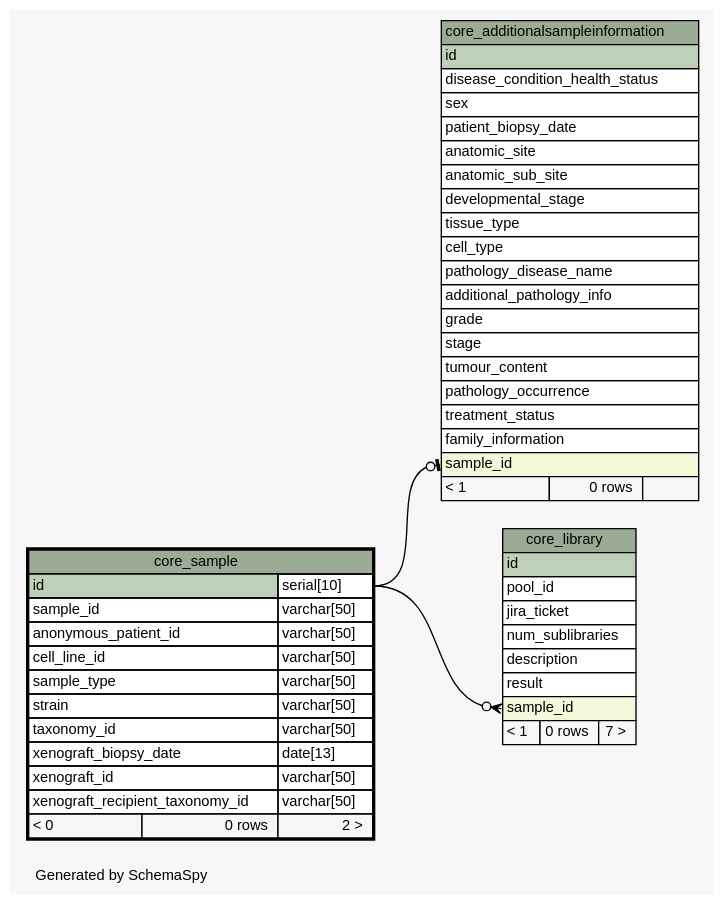
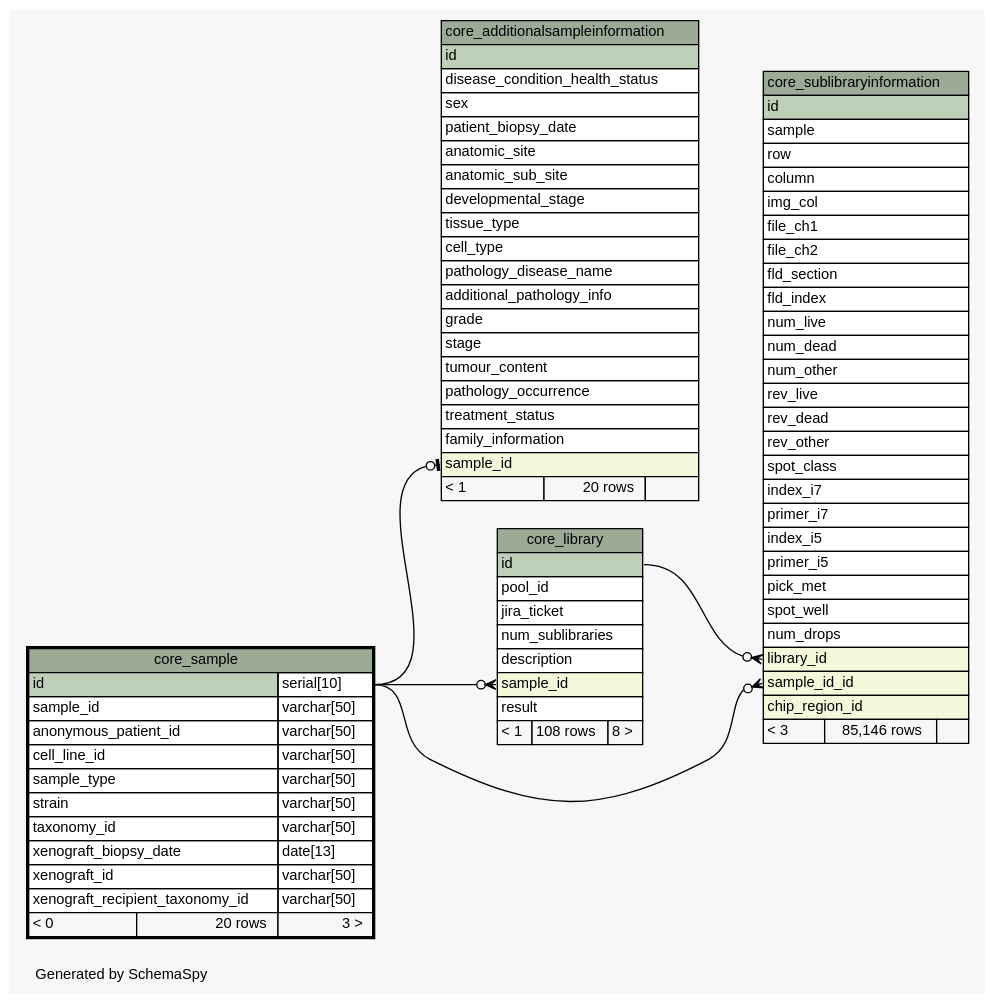
Before and after one commit to molonc/colossus: the diagram in db-schema/diagrams/core_sample.1degree.dot, drawn with Graphviz. The commit also changed 159 other files, not shown here.

Commit message:
KRONOS-258 database schema update

```diff
--- a/db-schema/diagrams/core_sample.1degree.dot
+++ b/db-schema/diagrams/core_sample.1degree.dot
@@ -1,86 +1,123 @@
 // dot 2.36.0 on Mac OS X 10.9.5
 // SchemaSpy rev 590
 digraph "oneDegreeRelationshipsDiagram" {
   graph [
     rankdir="RL"
     bgcolor="#f7f7f7"
     label="\nGenerated by SchemaSpy"
     labeljust="l"
     nodesep="0.18"
     ranksep="0.46"
     fontname="Helvetica"
     fontsize="11"
   ];
   node [
     fontname="Helvetica"
     fontsize="11"
     shape="plaintext"
   ];
   edge [
     arrowsize="0.8"
   ];
   "core_additionalsampleinformation":"sample_id":w -> "core_sample":"id.type":e [arrowhead=none dir=back arrowtail=teeodot];
   "core_library":"sample_id":w -> "core_sample":"id.type":e [arrowhead=none dir=back arrowtail=crowodot];
+  "core_sublibraryinformation":"library_id":w -> "core_library":"id":e [arrowhead=none dir=back arrowtail=crowodot];
+  "core_sublibraryinformation":"sample_id_id":w -> "core_sample":"id.type":e [arrowhead=none dir=back arrowtail=crowodot];
   "core_additionalsampleinformation" [
     label=<
     <TABLE BORDER="0" CELLBORDER="1" CELLSPACING="0" BGCOLOR="#ffffff">
       <TR><TD COLSPAN="3" BGCOLOR="#9bab96" ALIGN="CENTER">core_additionalsampleinformation</TD></TR>
       <TR><TD PORT="id" COLSPAN="3" BGCOLOR="#bed1b8" ALIGN="LEFT">id</TD></TR>
       <TR><TD PORT="disease_condition_health_status" COLSPAN="3" ALIGN="LEFT">disease_condition_health_status</TD></TR>
       <TR><TD PORT="sex" COLSPAN="3" ALIGN="LEFT">sex</TD></TR>
       <TR><TD PORT="patient_biopsy_date" COLSPAN="3" ALIGN="LEFT">patient_biopsy_date</TD></TR>
       <TR><TD PORT="anatomic_site" COLSPAN="3" ALIGN="LEFT">anatomic_site</TD></TR>
       <TR><TD PORT="anatomic_sub_site" COLSPAN="3" ALIGN="LEFT">anatomic_sub_site</TD></TR>
       <TR><TD PORT="developmental_stage" COLSPAN="3" ALIGN="LEFT">developmental_stage</TD></TR>
       <TR><TD PORT="tissue_type" COLSPAN="3" ALIGN="LEFT">tissue_type</TD></TR>
       <TR><TD PORT="cell_type" COLSPAN="3" ALIGN="LEFT">cell_type</TD></TR>
       <TR><TD PORT="pathology_disease_name" COLSPAN="3" ALIGN="LEFT">pathology_disease_name</TD></TR>
       <TR><TD PORT="additional_pathology_info" COLSPAN="3" ALIGN="LEFT">additional_pathology_info</TD></TR>
       <TR><TD PORT="grade" COLSPAN="3" ALIGN="LEFT">grade</TD></TR>
       <TR><TD PORT="stage" COLSPAN="3" ALIGN="LEFT">stage</TD></TR>
       <TR><TD PORT="tumour_content" COLSPAN="3" ALIGN="LEFT">tumour_content</TD></TR>
       <TR><TD PORT="pathology_occurrence" COLSPAN="3" ALIGN="LEFT">pathology_occurrence</TD></TR>
       <TR><TD PORT="treatment_status" COLSPAN="3" ALIGN="LEFT">treatment_status</TD></TR>
       <TR><TD PORT="family_information" COLSPAN="3" ALIGN="LEFT">family_information</TD></TR>
       <TR><TD PORT="sample_id" COLSPAN="3" BGCOLOR="#f4f7da" ALIGN="LEFT">sample_id</TD></TR>
-      <TR><TD ALIGN="LEFT" BGCOLOR="#f7f7f7">&lt; 1</TD><TD ALIGN="RIGHT" BGCOLOR="#f7f7f7">0 rows</TD><TD ALIGN="RIGHT" BGCOLOR="#f7f7f7">  </TD></TR>
+      <TR><TD ALIGN="LEFT" BGCOLOR="#f7f7f7">&lt; 1</TD><TD ALIGN="RIGHT" BGCOLOR="#f7f7f7">20 rows</TD><TD ALIGN="RIGHT" BGCOLOR="#f7f7f7">  </TD></TR>
     </TABLE>>
     URL="core_additionalsampleinformation.html"
     tooltip="core_additionalsampleinformation"
   ];
   "core_library" [
     label=<
     <TABLE BORDER="0" CELLBORDER="1" CELLSPACING="0" BGCOLOR="#ffffff">
       <TR><TD COLSPAN="3" BGCOLOR="#9bab96" ALIGN="CENTER">core_library</TD></TR>
       <TR><TD PORT="id" COLSPAN="3" BGCOLOR="#bed1b8" ALIGN="LEFT">id</TD></TR>
       <TR><TD PORT="pool_id" COLSPAN="3" ALIGN="LEFT">pool_id</TD></TR>
       <TR><TD PORT="jira_ticket" COLSPAN="3" ALIGN="LEFT">jira_ticket</TD></TR>
       <TR><TD PORT="num_sublibraries" COLSPAN="3" ALIGN="LEFT">num_sublibraries</TD></TR>
       <TR><TD PORT="description" COLSPAN="3" ALIGN="LEFT">description</TD></TR>
+      <TR><TD PORT="sample_id" COLSPAN="3" BGCOLOR="#f4f7da" ALIGN="LEFT">sample_id</TD></TR>
       <TR><TD PORT="result" COLSPAN="3" ALIGN="LEFT">result</TD></TR>
-      <TR><TD PORT="sample_id" COLSPAN="3" BGCOLOR="#f4f7da" ALIGN="LEFT">sample_id</TD></TR>
-      <TR><TD ALIGN="LEFT" BGCOLOR="#f7f7f7">&lt; 1</TD><TD ALIGN="RIGHT" BGCOLOR="#f7f7f7">0 rows</TD><TD ALIGN="RIGHT" BGCOLOR="#f7f7f7">7 &gt;</TD></TR>
+      <TR><TD ALIGN="LEFT" BGCOLOR="#f7f7f7">&lt; 1</TD><TD ALIGN="RIGHT" BGCOLOR="#f7f7f7">108 rows</TD><TD ALIGN="RIGHT" BGCOLOR="#f7f7f7">8 &gt;</TD></TR>
     </TABLE>>
     URL="core_library.html"
     tooltip="core_library"
   ];
   "core_sample" [
     label=<
     <TABLE BORDER="2" CELLBORDER="1" CELLSPACING="0" BGCOLOR="#ffffff">
       <TR><TD COLSPAN="3" BGCOLOR="#9bab96" ALIGN="CENTER">core_sample</TD></TR>
       <TR><TD PORT="id" COLSPAN="2" BGCOLOR="#bed1b8" ALIGN="LEFT">id</TD><TD PORT="id.type" ALIGN="LEFT">serial[10]</TD></TR>
       <TR><TD PORT="sample_id" COLSPAN="2" ALIGN="LEFT">sample_id</TD><TD PORT="sample_id.type" ALIGN="LEFT">varchar[50]</TD></TR>
       <TR><TD PORT="anonymous_patient_id" COLSPAN="2" ALIGN="LEFT">anonymous_patient_id</TD><TD PORT="anonymous_patient_id.type" ALIGN="LEFT">varchar[50]</TD></TR>
       <TR><TD PORT="cell_line_id" COLSPAN="2" ALIGN="LEFT">cell_line_id</TD><TD PORT="cell_line_id.type" ALIGN="LEFT">varchar[50]</TD></TR>
       <TR><TD PORT="sample_type" COLSPAN="2" ALIGN="LEFT">sample_type</TD><TD PORT="sample_type.type" ALIGN="LEFT">varchar[50]</TD></TR>
       <TR><TD PORT="strain" COLSPAN="2" ALIGN="LEFT">strain</TD><TD PORT="strain.type" ALIGN="LEFT">varchar[50]</TD></TR>
       <TR><TD PORT="taxonomy_id" COLSPAN="2" ALIGN="LEFT">taxonomy_id</TD><TD PORT="taxonomy_id.type" ALIGN="LEFT">varchar[50]</TD></TR>
       <TR><TD PORT="xenograft_biopsy_date" COLSPAN="2" ALIGN="LEFT">xenograft_biopsy_date</TD><TD PORT="xenograft_biopsy_date.type" ALIGN="LEFT">date[13]</TD></TR>
       <TR><TD PORT="xenograft_id" COLSPAN="2" ALIGN="LEFT">xenograft_id</TD><TD PORT="xenograft_id.type" ALIGN="LEFT">varchar[50]</TD></TR>
       <TR><TD PORT="xenograft_recipient_taxonomy_id" COLSPAN="2" ALIGN="LEFT">xenograft_recipient_taxonomy_id</TD><TD PORT="xenograft_recipient_taxonomy_id.type" ALIGN="LEFT">varchar[50]</TD></TR>
-      <TR><TD ALIGN="LEFT" BGCOLOR="#f7f7f7">&lt; 0</TD><TD ALIGN="RIGHT" BGCOLOR="#f7f7f7">0 rows</TD><TD ALIGN="RIGHT" BGCOLOR="#f7f7f7">2 &gt;</TD></TR>
+      <TR><TD ALIGN="LEFT" BGCOLOR="#f7f7f7">&lt; 0</TD><TD ALIGN="RIGHT" BGCOLOR="#f7f7f7">20 rows</TD><TD ALIGN="RIGHT" BGCOLOR="#f7f7f7">3 &gt;</TD></TR>
     </TABLE>>
     URL="core_sample.html"
     tooltip="core_sample"
   ];
+  "core_sublibraryinformation" [
+    label=<
+    <TABLE BORDER="0" CELLBORDER="1" CELLSPACING="0" BGCOLOR="#ffffff">
+      <TR><TD COLSPAN="3" BGCOLOR="#9bab96" ALIGN="CENTER">core_sublibraryinformation</TD></TR>
+      <TR><TD PORT="id" COLSPAN="3" BGCOLOR="#bed1b8" ALIGN="LEFT">id</TD></TR>
+      <TR><TD PORT="sample" COLSPAN="3" ALIGN="LEFT">sample</TD></TR>
+      <TR><TD PORT="row" COLSPAN="3" ALIGN="LEFT">row</TD></TR>
+      <TR><TD PORT="column" COLSPAN="3" ALIGN="LEFT">column</TD></TR>
+      <TR><TD PORT="img_col" COLSPAN="3" ALIGN="LEFT">img_col</TD></TR>
+      <TR><TD PORT="file_ch1" COLSPAN="3" ALIGN="LEFT">file_ch1</TD></TR>
+      <TR><TD PORT="file_ch2" COLSPAN="3" ALIGN="LEFT">file_ch2</TD></TR>
+      <TR><TD PORT="fld_section" COLSPAN="3" ALIGN="LEFT">fld_section</TD></TR>
+      <TR><TD PORT="fld_index" COLSPAN="3" ALIGN="LEFT">fld_index</TD></TR>
+      <TR><TD PORT="num_live" COLSPAN="3" ALIGN="LEFT">num_live</TD></TR>
+      <TR><TD PORT="num_dead" COLSPAN="3" ALIGN="LEFT">num_dead</TD></TR>
+      <TR><TD PORT="num_other" COLSPAN="3" ALIGN="LEFT">num_other</TD></TR>
+      <TR><TD PORT="rev_live" COLSPAN="3" ALIGN="LEFT">rev_live</TD></TR>
+      <TR><TD PORT="rev_dead" COLSPAN="3" ALIGN="LEFT">rev_dead</TD></TR>
+      <TR><TD PORT="rev_other" COLSPAN="3" ALIGN="LEFT">rev_other</TD></TR>
+      <TR><TD PORT="spot_class" COLSPAN="3" ALIGN="LEFT">spot_class</TD></TR>
+      <TR><TD PORT="index_i7" COLSPAN="3" ALIGN="LEFT">index_i7</TD></TR>
+      <TR><TD PORT="primer_i7" COLSPAN="3" ALIGN="LEFT">primer_i7</TD></TR>
+      <TR><TD PORT="index_i5" COLSPAN="3" ALIGN="LEFT">index_i5</TD></TR>
+      <TR><TD PORT="primer_i5" COLSPAN="3" ALIGN="LEFT">primer_i5</TD></TR>
+      <TR><TD PORT="pick_met" COLSPAN="3" ALIGN="LEFT">pick_met</TD></TR>
+      <TR><TD PORT="spot_well" COLSPAN="3" ALIGN="LEFT">spot_well</TD></TR>
+      <TR><TD PORT="num_drops" COLSPAN="3" ALIGN="LEFT">num_drops</TD></TR>
+      <TR><TD PORT="library_id" COLSPAN="3" BGCOLOR="#f4f7da" ALIGN="LEFT">library_id</TD></TR>
+      <TR><TD PORT="sample_id_id" COLSPAN="3" BGCOLOR="#f4f7da" ALIGN="LEFT">sample_id_id</TD></TR>
+      <TR><TD PORT="chip_region_id" COLSPAN="3" BGCOLOR="#f4f7da" ALIGN="LEFT">chip_region_id</TD></TR>
+      <TR><TD ALIGN="LEFT" BGCOLOR="#f7f7f7">&lt; 3</TD><TD ALIGN="RIGHT" BGCOLOR="#f7f7f7">85,146 rows</TD><TD ALIGN="RIGHT" BGCOLOR="#f7f7f7">  </TD></TR>
+    </TABLE>>
+    URL="core_sublibraryinformation.html"
+    tooltip="core_sublibraryinformation"
+  ];
 }
```
